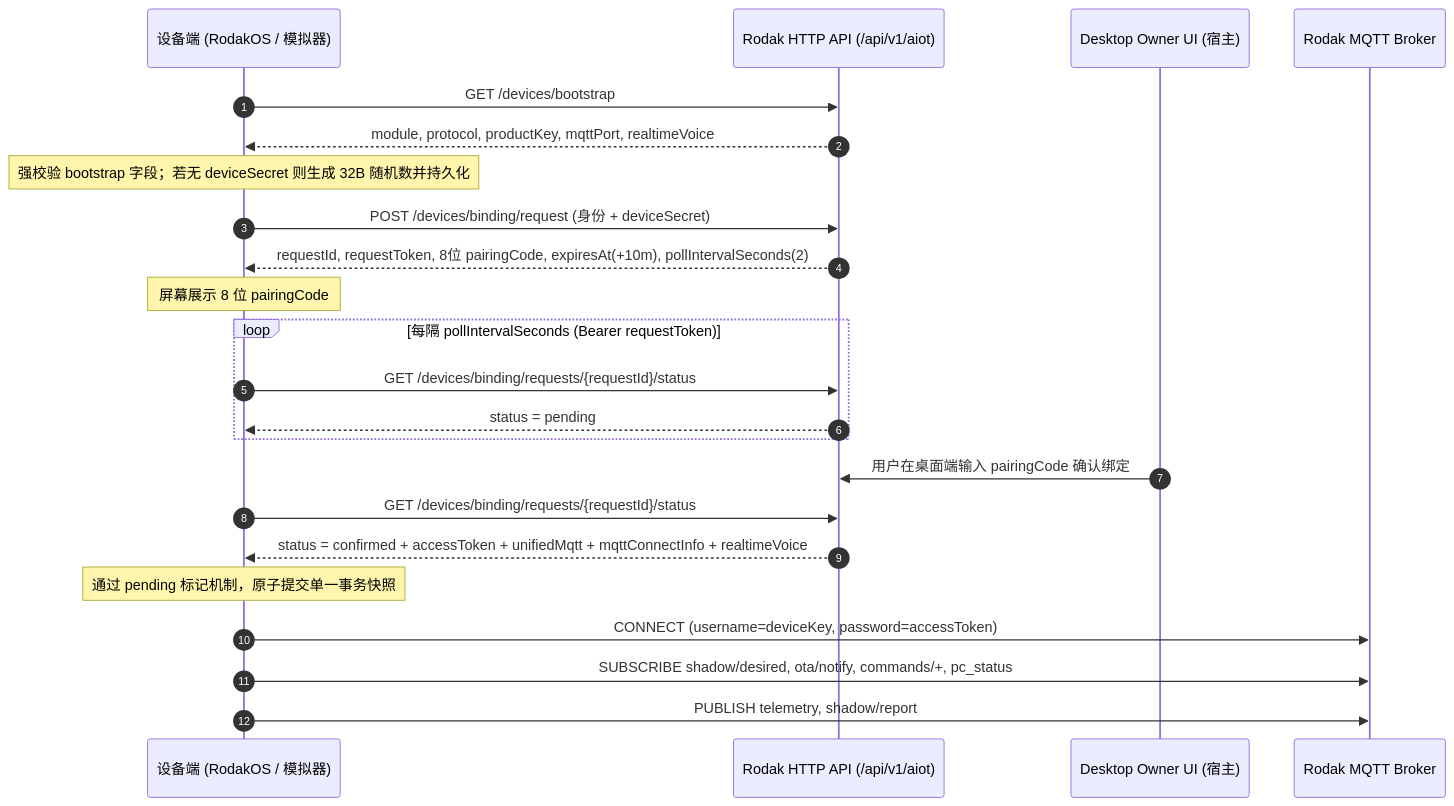
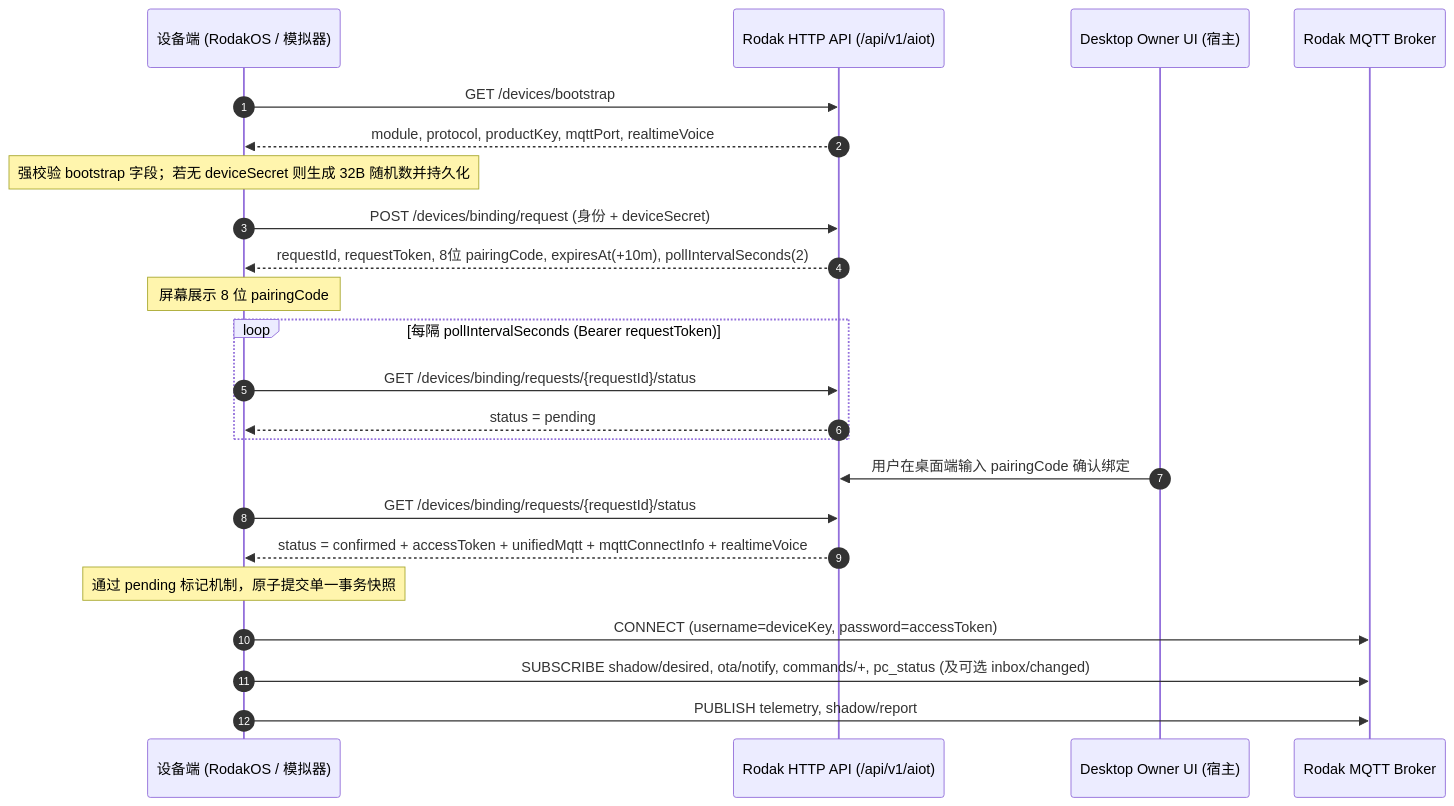
The first of 2 diagrams in articles/02_rodak_aiot_v1_binding_auth_and_security.md (rymcu/rodakos), drawn with Mermaid before and after one commit. The commit also changed other lines of this file and 13 other files, not shown here.

````diff
--- a/articles/02_rodak_aiot_v1_binding_auth_and_security.md
+++ b/articles/02_rodak_aiot_v1_binding_auth_and_security.md
@@ -9,26 +9,26 @@
 ```mermaid
 sequenceDiagram
     autonumber
     participant Dev as 设备端 (RodakOS / 模拟器)
     participant Srv as Rodak HTTP API (/api/v1/aiot)
     participant UI as Desktop Owner UI (宿主)
     participant MQTT as Rodak MQTT Broker
 
     Dev->>Srv: GET /devices/bootstrap
     Srv-->>Dev: module, protocol, productKey, mqttPort, realtimeVoice
     Note over Dev: 强校验 bootstrap 字段；若无 deviceSecret 则生成 32B 随机数并持久化
     Dev->>Srv: POST /devices/binding/request (身份 + deviceSecret)
     Srv-->>Dev: requestId, requestToken, 8位 pairingCode, expiresAt(+10m), pollIntervalSeconds(2)
     Note over Dev: 屏幕展示 8 位 pairingCode
     loop 每隔 pollIntervalSeconds (Bearer requestToken)
         Dev->>Srv: GET /devices/binding/requests/{requestId}/status
         Srv-->>Dev: status = pending
     end
     UI->>Srv: 用户在桌面端输入 pairingCode 确认绑定
     Dev->>Srv: GET /devices/binding/requests/{requestId}/status
     Srv-->>Dev: status = confirmed + accessToken + unifiedMqtt + mqttConnectInfo + realtimeVoice
     Note over Dev: 通过 pending 标记机制，原子提交单一事务快照
     Dev->>MQTT: CONNECT (username=deviceKey, password=accessToken)
-    Dev->>MQTT: SUBSCRIBE shadow/desired, ota/notify, commands/+, pc_status
+    Dev->>MQTT: SUBSCRIBE shadow/desired, ota/notify, commands/+, pc_status (及可选 inbox/changed)
     Dev->>MQTT: PUBLISH telemetry, shadow/report
 ```
````
